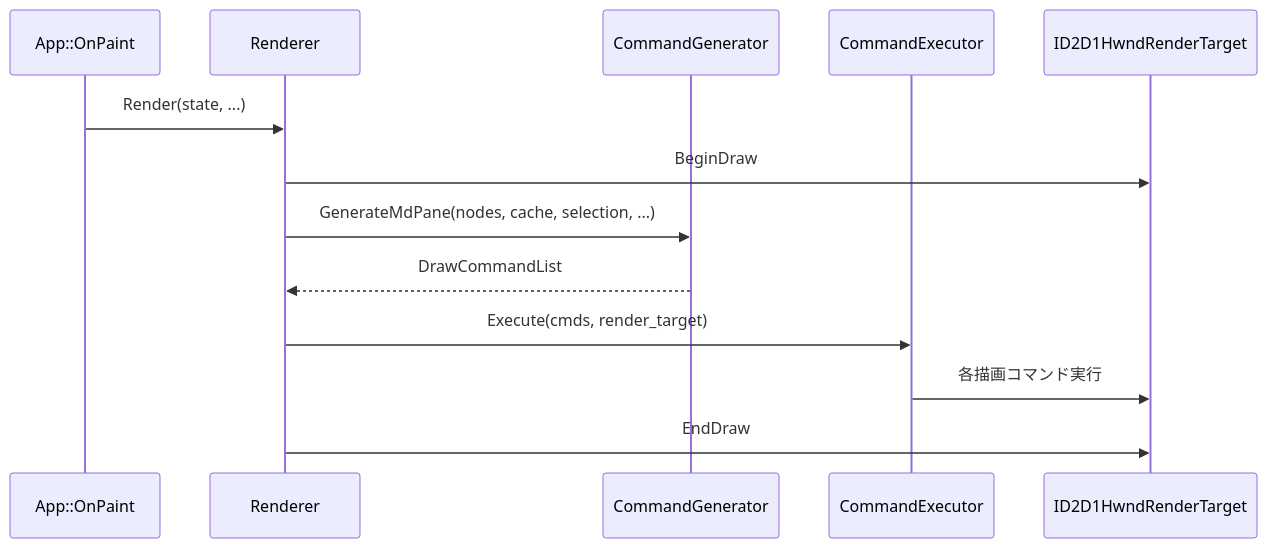
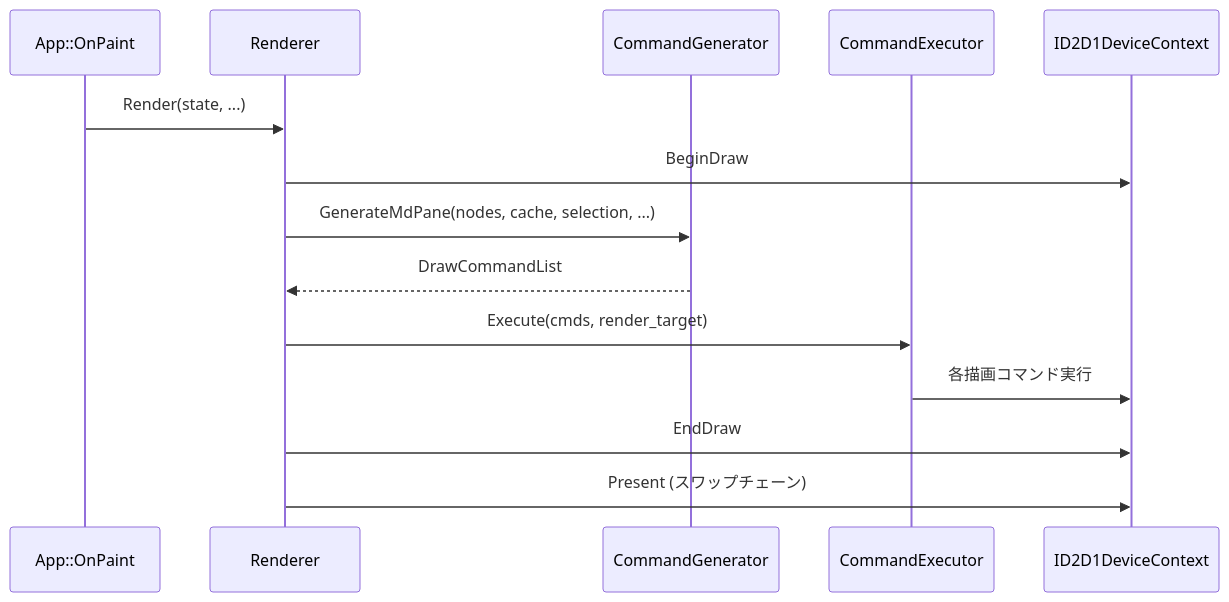
One commit to tanaton/mendo changed the eighth of 27 diagrams in example/test.md. Above: the diagram before and after it, drawn with Mermaid. The commit also changed other lines of this file, not shown here.

````diff
--- a/example/test.md
+++ b/example/test.md
@@ -1051,16 +1004,17 @@
 ```mermaid
 sequenceDiagram
     participant APP as App::OnPaint
     participant R as Renderer
     participant CG as CommandGenerator
     participant CE as CommandExecutor
-    participant RT as ID2D1HwndRenderTarget
+    participant RT as ID2D1DeviceContext
 
     APP->>R: Render(state, ...)
     R->>RT: BeginDraw
     R->>CG: GenerateMdPane(nodes, cache, selection, ...)
     CG-->>R: DrawCommandList
     R->>CE: Execute(cmds, render_target)
     CE->>RT: 各描画コマンド実行
     R->>RT: EndDraw
+    R->>RT: Present (スワップチェーン)
 ```
````
